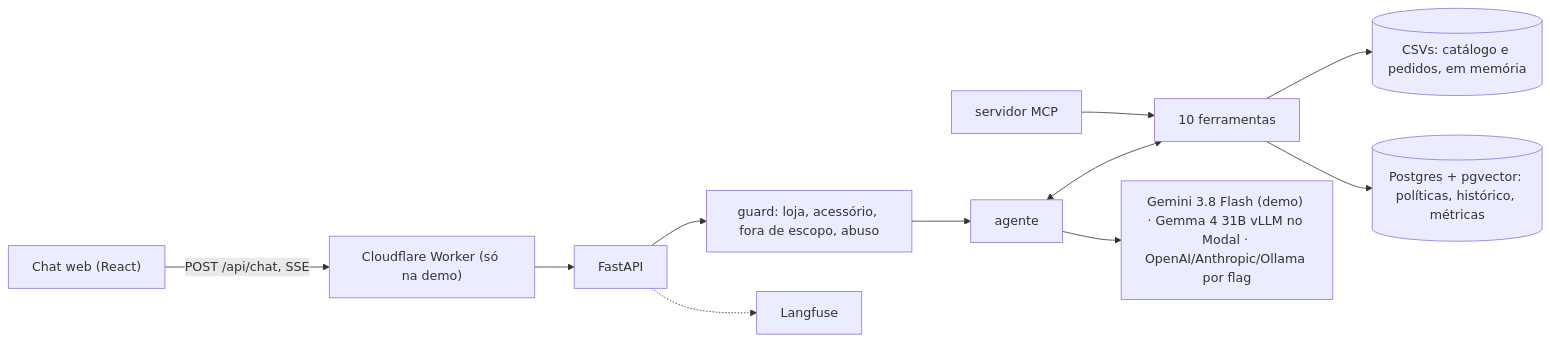
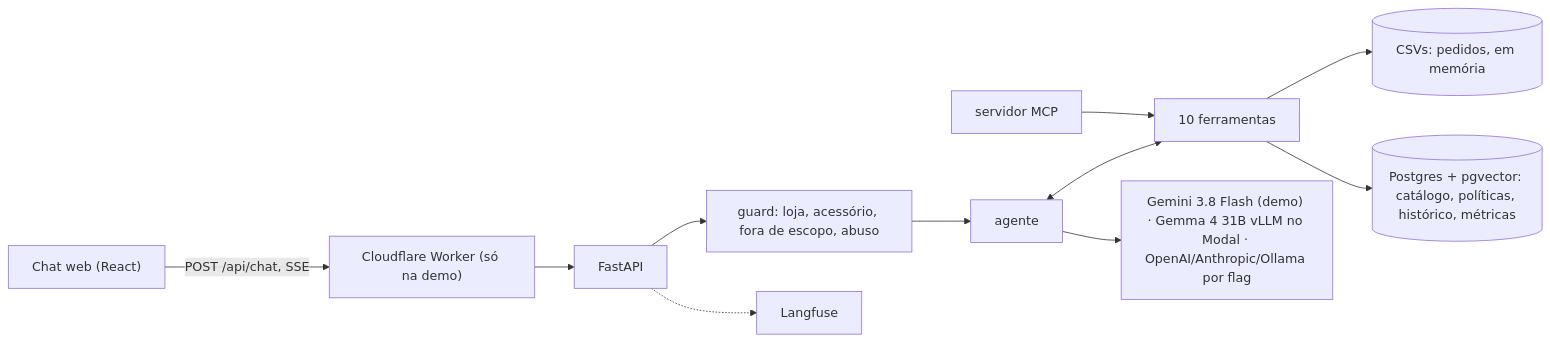
Before and after one commit to rafaeljonker/emporio-da-musica-agent: the diagram in README.md, drawn with Mermaid. The commit also changed other lines of this file and 5 other files, not shown here.

````diff
--- a/README.md
+++ b/README.md
@@ -53,13 +53,13 @@
 ```mermaid
 flowchart LR
     U["Chat web (React)"] -->|"POST /api/chat, SSE"| CF["Cloudflare Worker (só na demo)"]
     CF --> API["FastAPI"]
     API --> guard["guard: loja, acessório, fora de escopo, abuso"]
     guard --> agent["agente"]
     agent <--> tools["10 ferramentas"]
     agent --> LLM["Gemini 3.8 Flash (demo) · Gemma 4 31B vLLM no Modal · OpenAI/Anthropic/Ollama por flag"]
-    tools --> CSV[("CSVs: catálogo e pedidos, em memória")]
-    tools --> PG[("Postgres + pgvector: políticas, histórico, métricas")]
+    tools --> CSV[("CSVs: pedidos, em memória")]
+    tools --> PG[("Postgres + pgvector: catálogo, políticas, histórico, métricas")]
     MCP["servidor MCP"] --> tools
     API -.-> LF["Langfuse"]
 ```
````
